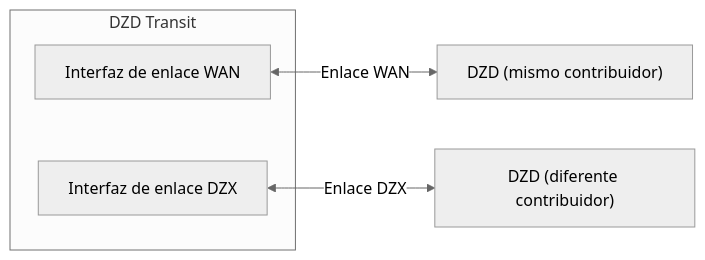
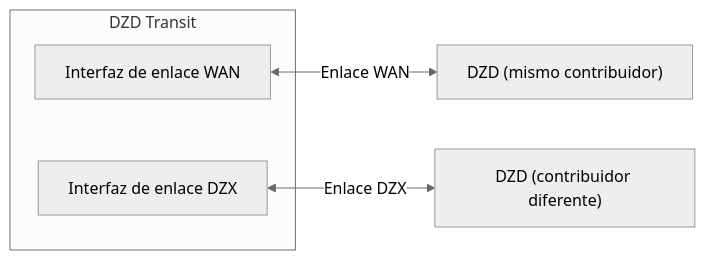
The sixth of 13 diagrams in docs/contribute-provisioning.es.md (malbeclabs/docs), drawn with Mermaid (neutral theme) before and after one commit. The commit also changed other lines of this file and 130 other files, not shown here.

````diff
--- a/docs/contribute-provisioning.es.md
+++ b/docs/contribute-provisioning.es.md
@@ -292,9 +292,9 @@
 ```mermaid
 flowchart LR
     subgraph TDZD[DZD Transit]
         T_WAN["Interfaz de enlace WAN"]
         T_DZX["Interfaz de enlace DZX"]
     end
     T_WAN <-->|Enlace WAN| T2["DZD (mismo contribuidor)"]
-    T_DZX <-->|Enlace DZX| TD["DZD (diferente contribuidor)"]
+    T_DZX <-->|Enlace DZX| TD["DZD (contribuidor diferente)"]
 ```
````
